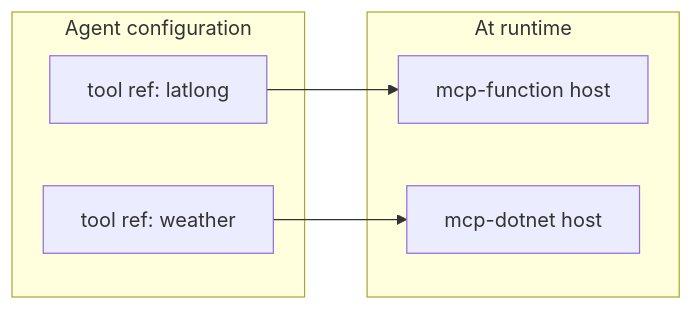
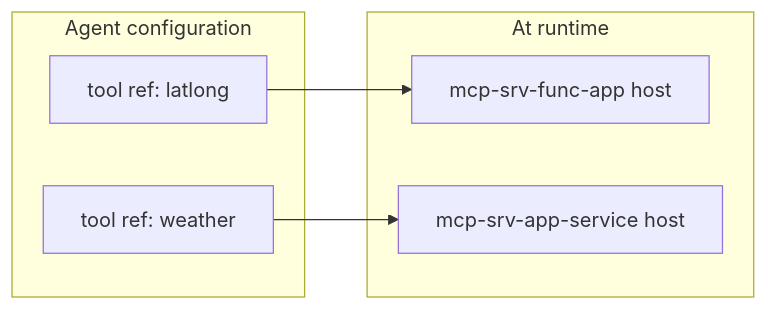
Diagram 18 of 26 in docs/4-demystifying-foundry-agents-mcp/demystifying-model-agent-tools-mcp-brainstorming.md (dustinkorzaan/weather-1116), drawn with Mermaid before and after one commit. The commit also changed other lines of this file and 55 other files, not shown here.

First line of the commit message:
Rename MCP hosts to mcp-srv-app-service and mcp-srv-func-app (#150)

````diff
--- a/docs/4-demystifying-foundry-agents-mcp/demystifying-model-agent-tools-mcp-brainstorming.md
+++ b/docs/4-demystifying-foundry-agents-mcp/demystifying-model-agent-tools-mcp-brainstorming.md
@@ -323,11 +323,11 @@
 ```mermaid
 flowchart LR
     subgraph Config["Agent configuration"]
         R1[tool ref: latlong]
         R2[tool ref: weather]
     end
     subgraph Runtime["At runtime"]
-        R1 --> S1[mcp-function host]
-        R2 --> S2[mcp-dotnet host]
+        R1 --> S1[mcp-srv-func-app host]
+        R2 --> S2[mcp-srv-app-service host]
     end
 ```
````
